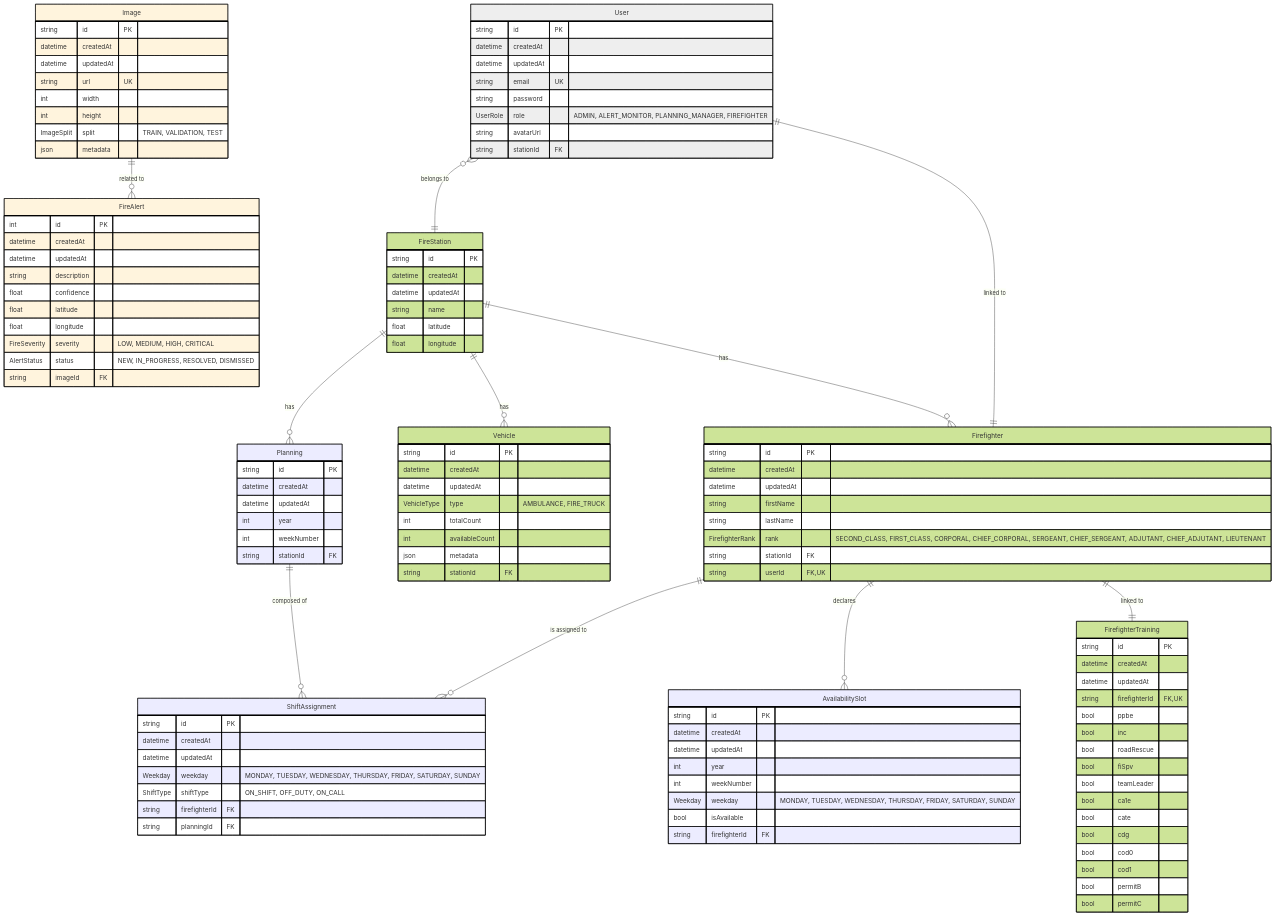
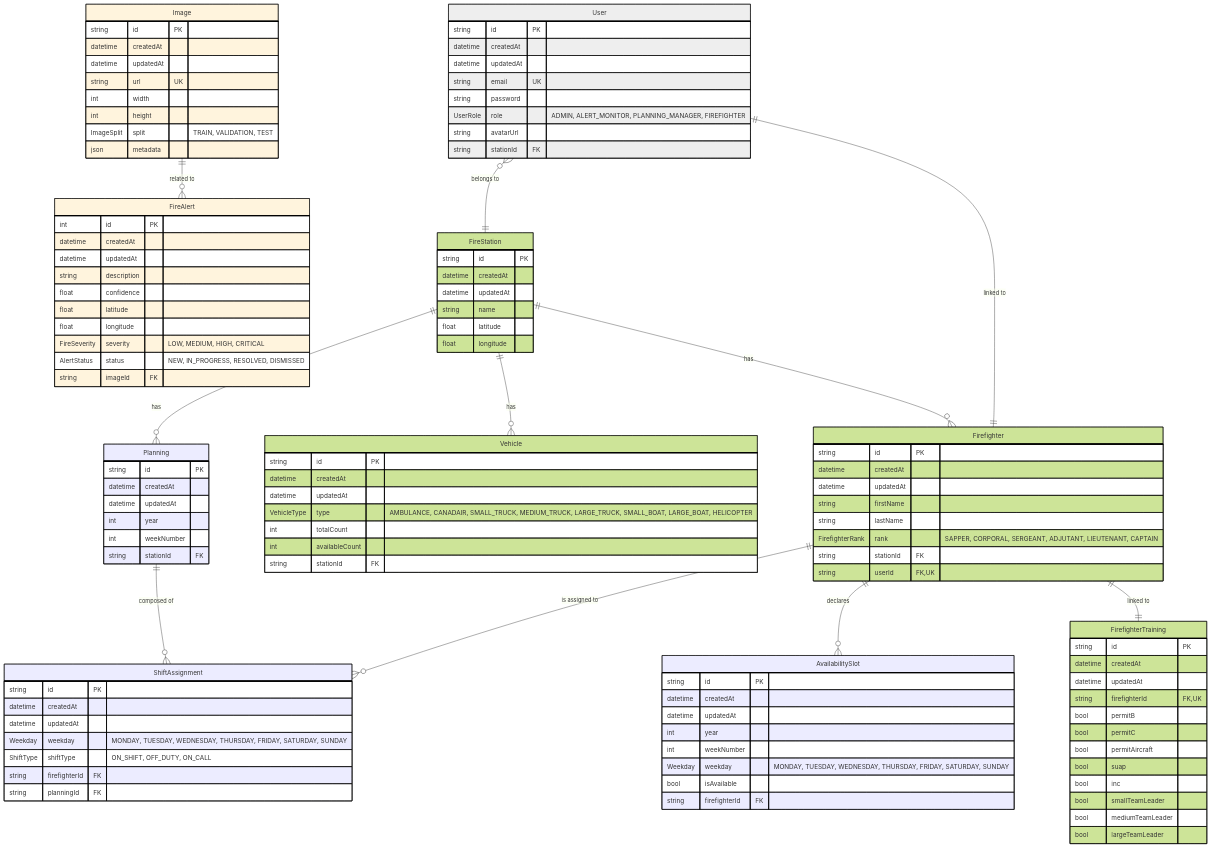
Before and after one commit to insa-resq/firepulse-databases: the diagram in src/diagrams/db.mmd, drawn with Mermaid. The commit also changed 1 other file, not shown here.

```diff
--- a/src/diagrams/db.mmd
+++ b/src/diagrams/db.mmd
@@ -1,120 +1,115 @@
 erDiagram
   User:::accounts {
     string id PK
     datetime createdAt
     datetime updatedAt
     string email UK
     string password
     UserRole role "ADMIN, ALERT_MONITOR, PLANNING_MANAGER, FIREFIGHTER"
     string avatarUrl
     string stationId FK
   }
   FireAlert:::detection {
     int id PK
     datetime createdAt
     datetime updatedAt
     string description
     float confidence
     float latitude
     float longitude
     FireSeverity severity "LOW, MEDIUM, HIGH, CRITICAL"
     AlertStatus status "NEW, IN_PROGRESS, RESOLVED, DISMISSED"
     string imageId FK
   }
   Image:::detection {
     string id PK
     datetime createdAt
     datetime updatedAt
     string url UK
     int width
     int height
     ImageSplit split "TRAIN, VALIDATION, TEST"
     json metadata
   }
   Planning:::planning {
     string id PK
     datetime createdAt
     datetime updatedAt
     int year
     int weekNumber
     string stationId FK
   }
   ShiftAssignment:::planning {
     string id PK
     datetime createdAt
     datetime updatedAt
     Weekday weekday "MONDAY, TUESDAY, WEDNESDAY, THURSDAY, FRIDAY, SATURDAY, SUNDAY"
     ShiftType shiftType "ON_SHIFT, OFF_DUTY, ON_CALL"
     string firefighterId FK
     string planningId FK
   }
   AvailabilitySlot:::planning {
     string id PK
     datetime createdAt
     datetime updatedAt
     int year
     int weekNumber
     Weekday weekday "MONDAY, TUESDAY, WEDNESDAY, THURSDAY, FRIDAY, SATURDAY, SUNDAY"
     bool isAvailable
     string firefighterId FK
   }
   FireStation:::registry {
     string id PK
     datetime createdAt
     datetime updatedAt
     string name
     float latitude
     float longitude
   }
   Vehicle:::registry {
     string id PK
     datetime createdAt
     datetime updatedAt
-    VehicleType type "AMBULANCE, FIRE_TRUCK"
+    VehicleType type "AMBULANCE, CANADAIR, SMALL_TRUCK, MEDIUM_TRUCK, LARGE_TRUCK, SMALL_BOAT, LARGE_BOAT, HELICOPTER"
     int totalCount
     int availableCount
-    json metadata
     string stationId FK
   }
   Firefighter:::registry {
     string id PK
     datetime createdAt
     datetime updatedAt
     string firstName
     string lastName
-    FirefighterRank rank "SECOND_CLASS, FIRST_CLASS, CORPORAL, CHIEF_CORPORAL, SERGEANT, CHIEF_SERGEANT, ADJUTANT, CHIEF_ADJUTANT, LIEUTENANT"
+    FirefighterRank rank "SAPPER, CORPORAL, SERGEANT, ADJUTANT, LIEUTENANT, CAPTAIN"
     string stationId FK
     string userId FK,UK
   }
   FirefighterTraining:::registry {
     string id PK
     datetime createdAt
     datetime updatedAt
     string firefighterId FK,UK
-    bool ppbe
-    bool inc
-    bool roadRescue
-    bool fiSpv
-    bool teamLeader
-    bool ca1e
-    bool cate
-    bool cdg
-    bool cod0
-    bool cod1
     bool permitB
     bool permitC
+    bool permitAircraft
+    bool suap
+    bool inc
+    bool smallTeamLeader
+    bool mediumTeamLeader
+    bool largeTeamLeader
   }
   Image ||--o{ FireAlert : "related to"
   User ||--|| Firefighter : "linked to"
   User }o--|| FireStation : "belongs to"
   FireStation ||--o{ Planning : "has"
   FireStation ||--o{ Vehicle : "has"
   FireStation ||--o{ Firefighter : "has"
   Firefighter ||--o{ AvailabilitySlot : "declares"
   Firefighter ||--o{ ShiftAssignment : "is assigned to"
   Firefighter ||--|| FirefighterTraining : "linked to"
   Planning ||--o{ ShiftAssignment : "composed of"
   classDef detection fill:#fff4dd,stroke:#000
   classDef accounts fill:#eeeeee,stroke:#000
   classDef registry fill:#cde498,stroke:#000
   classDef planning fill:#ececff,stroke:#000
```
